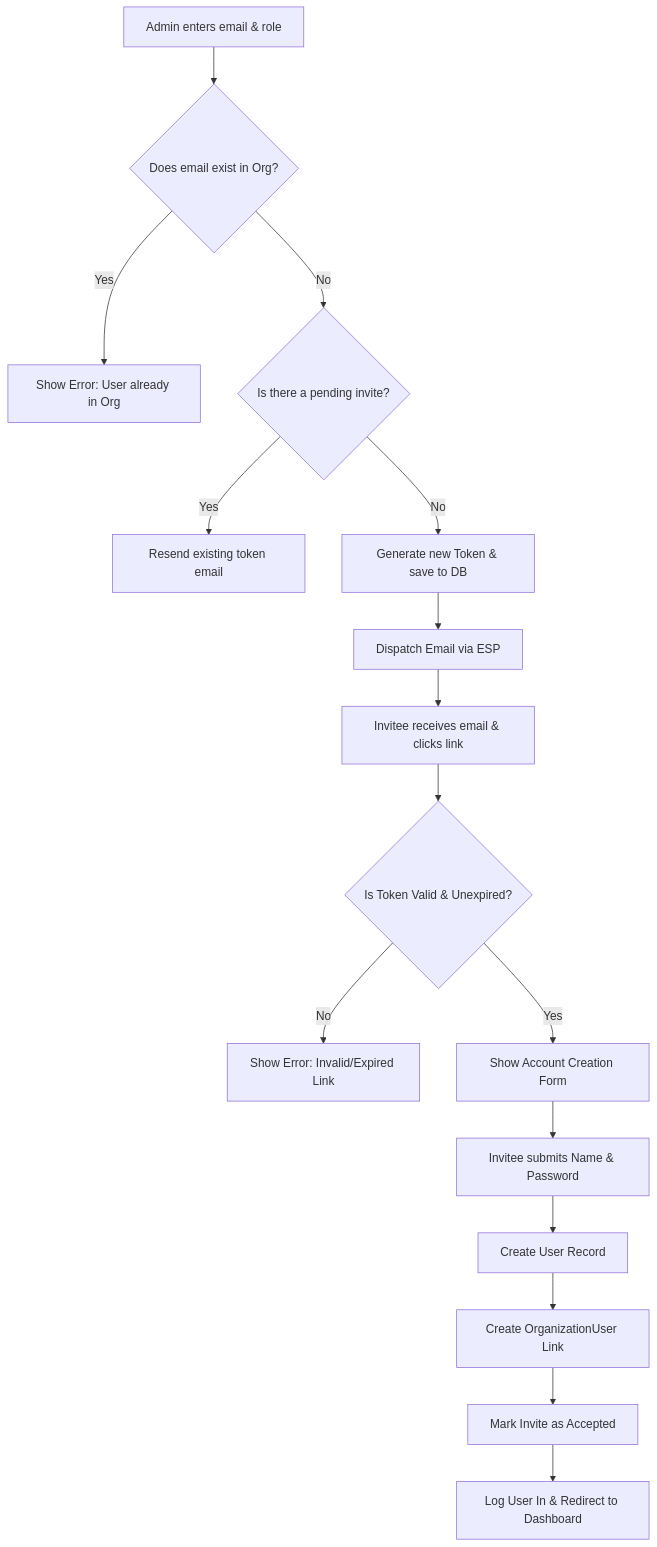
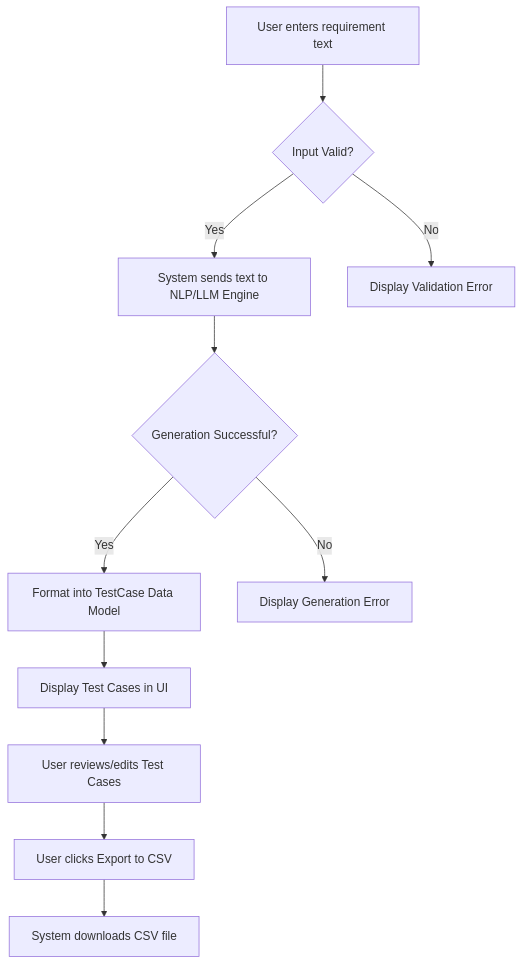
Before and after one commit to JanviNag26/Testcase: the diagram in docs/specs/functional-spec.md, drawn with Mermaid. The commit also changed other lines of this file, not shown here.

````diff
--- a/docs/specs/functional-spec.md
+++ b/docs/specs/functional-spec.md
@@ -107,18 +115,13 @@
 ```mermaid
 flowchart TD
-    A[Admin enters email & role] --> B{Does email exist in Org?}
-    B -- Yes --> C[Show Error: User already in Org]
-    B -- No --> D{Is there a pending invite?}
-    D -- Yes --> E[Resend existing token email]
-    D -- No --> F[Generate new Token & save to DB]
-    F --> G[Dispatch Email via ESP]
-    G --> H[Invitee receives email & clicks link]
-    H --> I{Is Token Valid & Unexpired?}
-    I -- No --> J[Show Error: Invalid/Expired Link]
-    I -- Yes --> K[Show Account Creation Form]
-    K --> L[Invitee submits Name & Password]
-    L --> M[Create User Record]
-    M --> N[Create OrganizationUser Link]
-    N --> O[Mark Invite as Accepted]
-    O --> P[Log User In & Redirect to Dashboard]
+    A[User enters requirement text] --> B{Input Valid?}
+    B -- Yes --> C[System sends text to NLP/LLM Engine]
+    B -- No --> D[Display Validation Error]
+    C --> E{Generation Successful?}
+    E -- Yes --> F[Format into TestCase Data Model]
+    E -- No --> G[Display Generation Error]
+    F --> H[Display Test Cases in UI]
+    H --> I[User reviews/edits Test Cases]
+    I --> J[User clicks Export to CSV]
+    J --> K[System downloads CSV file]
 ```
````
